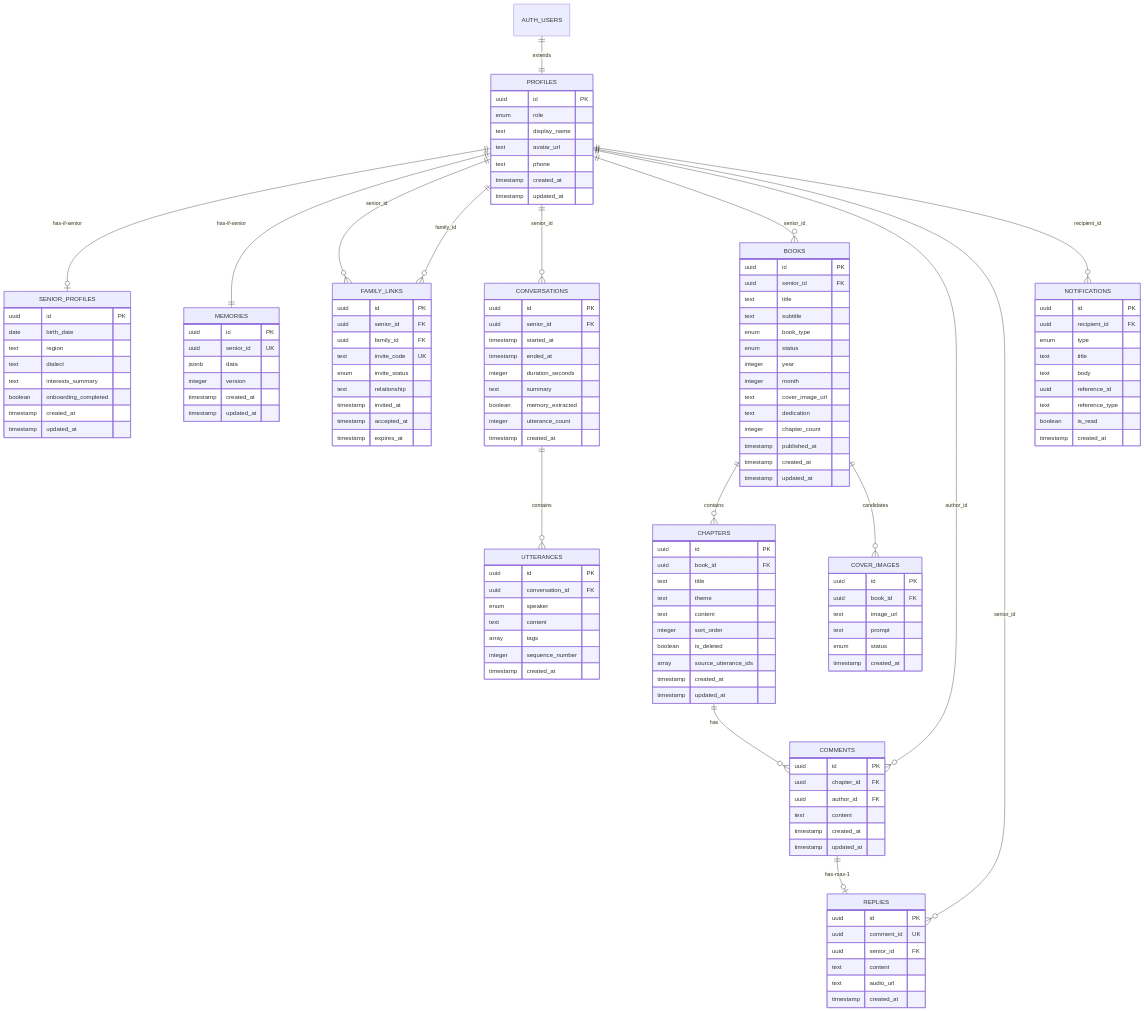
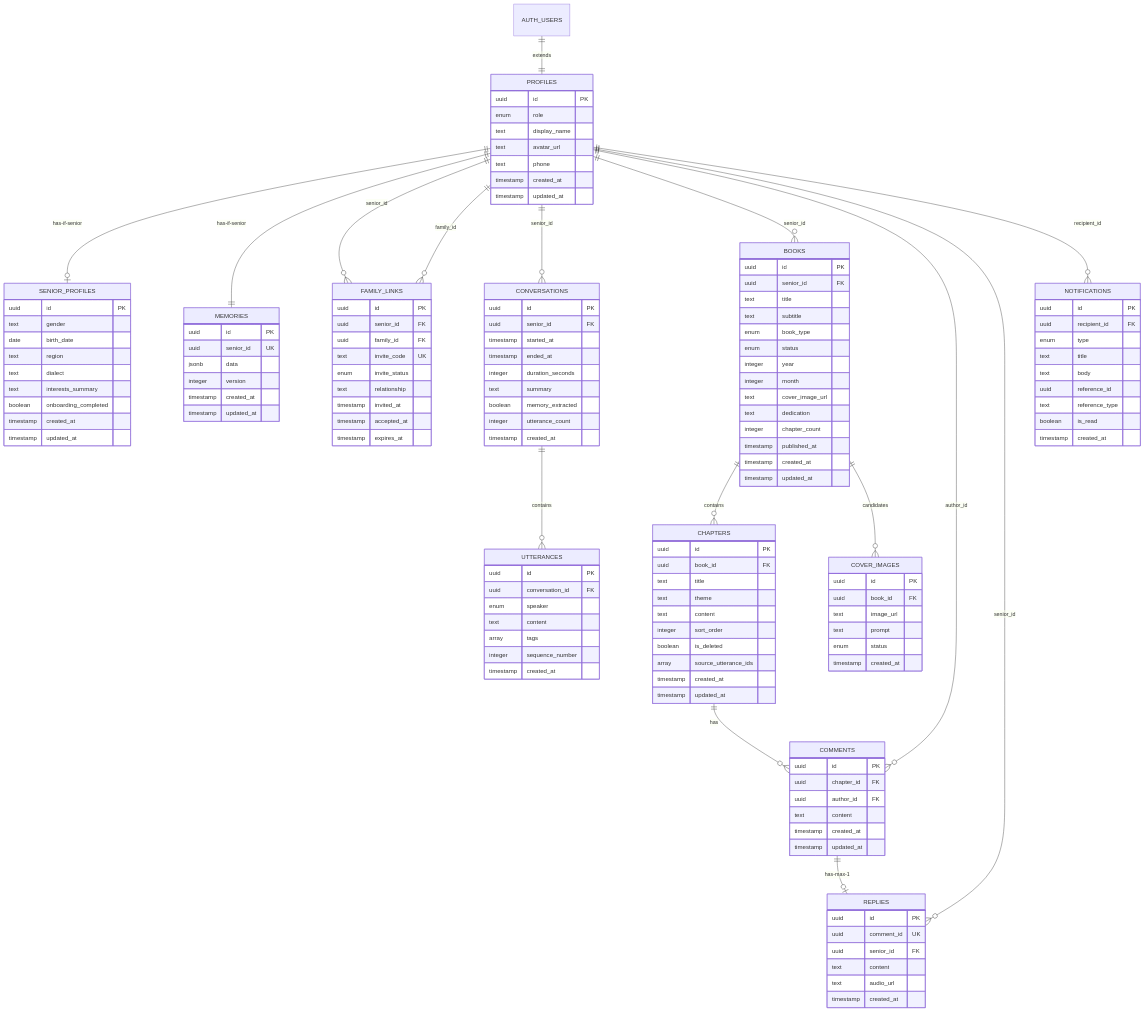
One commit to SW-DaDam/Dadam changed the diagram in docs/dev/erd.md. Above: the diagram before and after it, drawn with Mermaid. The commit also changed other lines of this file and 10 other files, not shown here.

```diff
--- a/docs/dev/erd.md
+++ b/docs/dev/erd.md
@@ -40,6 +40,7 @@
 
     SENIOR_PROFILES {
         uuid id PK
+        text gender
         date birth_date
         text region
         text dialect
```
